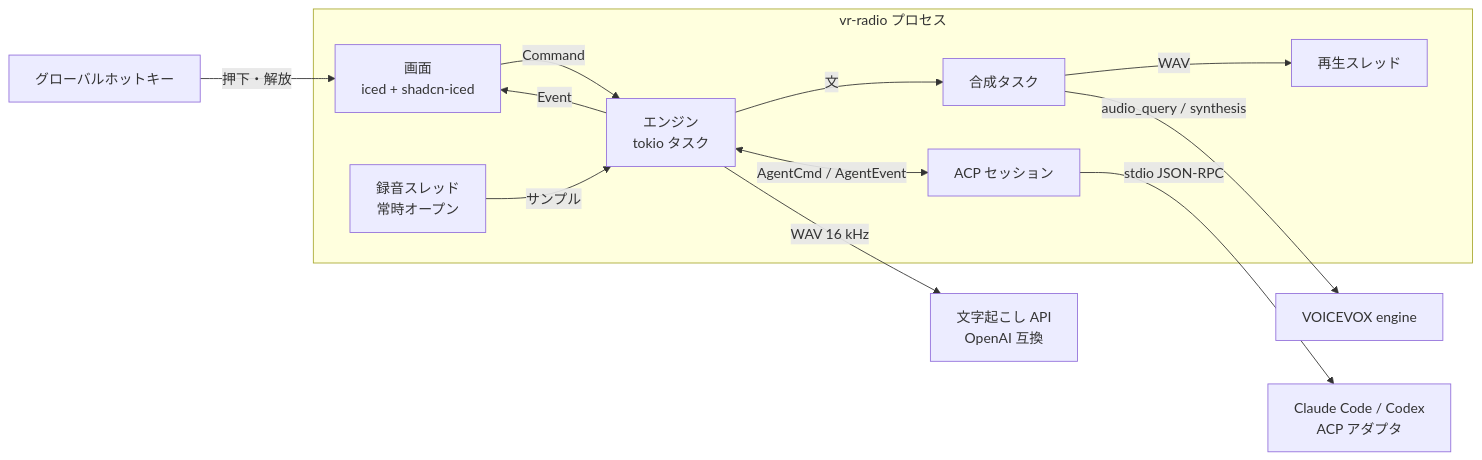
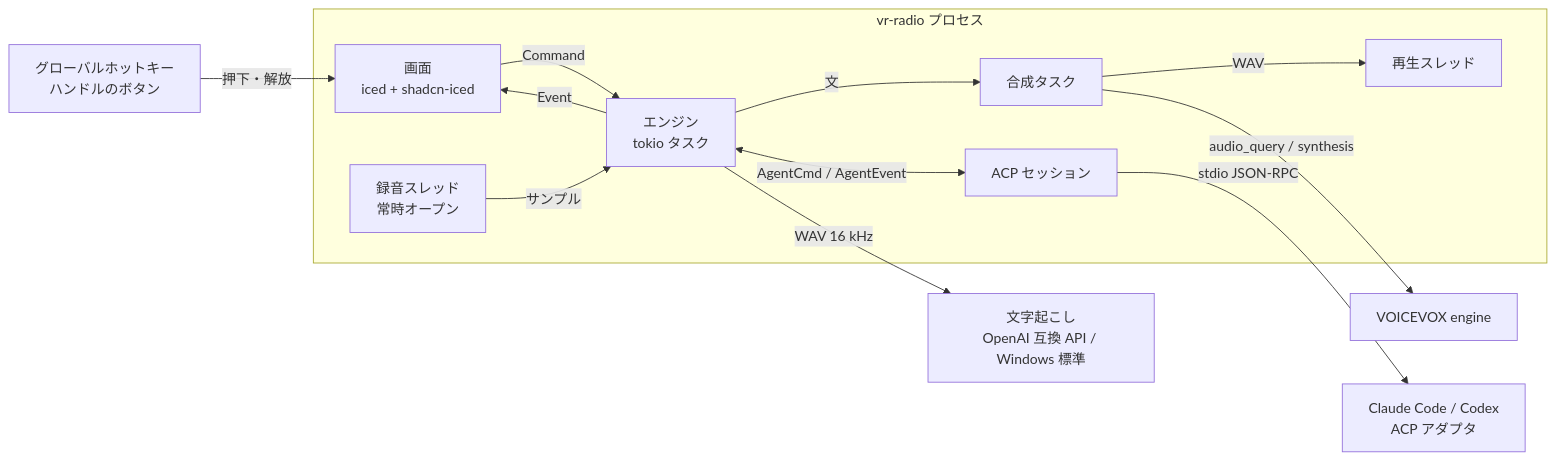
One commit to r4ai/vibe-racing changed the first of 2 diagrams in crates/vr-radio/docs/architecture.md. Above: the diagram before and after it, drawn with Mermaid. The commit also changed other lines of this file and 23 other files, not shown here.

````diff
--- a/crates/vr-radio/docs/architecture.md
+++ b/crates/vr-radio/docs/architecture.md
@@ -26,26 +28,26 @@
 ```mermaid
 flowchart LR
     subgraph App["vr-radio プロセス"]
         UI["画面<br/>iced + shadcn-iced"]
         Engine["エンジン<br/>tokio タスク"]
         Mic["録音スレッド<br/>常時オープン"]
         Speak["合成タスク"]
         Out["再生スレッド"]
         Session["ACP セッション"]
         UI -->|Command| Engine
         Engine -->|Event| UI
         Mic -->|サンプル| Engine
         Engine -->|文| Speak
         Speak -->|WAV| Out
         Engine <-->|AgentCmd / AgentEvent| Session
     end
-    Hotkey["グローバルホットキー"]
-    STT["文字起こし API<br/>OpenAI 互換"]
+    Hotkey["グローバルホットキー<br/>ハンドルのボタン"]
+    STT["文字起こし<br/>OpenAI 互換 API / Windows 標準"]
     Agent["Claude Code / Codex<br/>ACP アダプタ"]
     VV["VOICEVOX engine"]
 
     Hotkey -->|押下・解放| UI
     Engine -->|WAV 16 kHz| STT
     Session -->|stdio JSON-RPC| Agent
     Speak -->|audio_query / synthesis| VV
 ```
````
